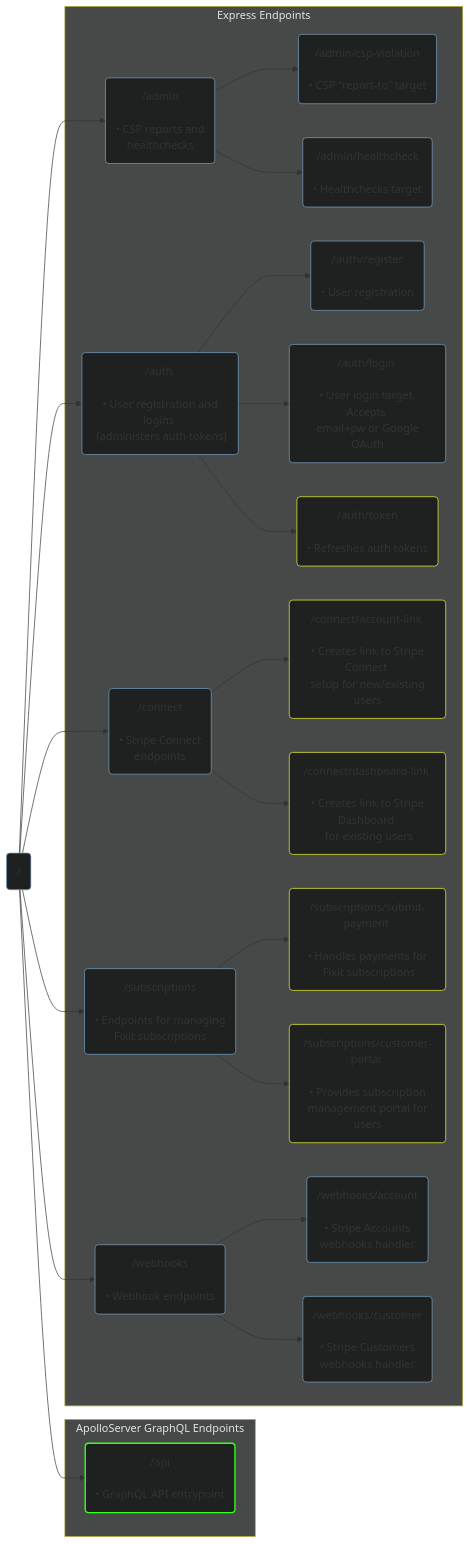
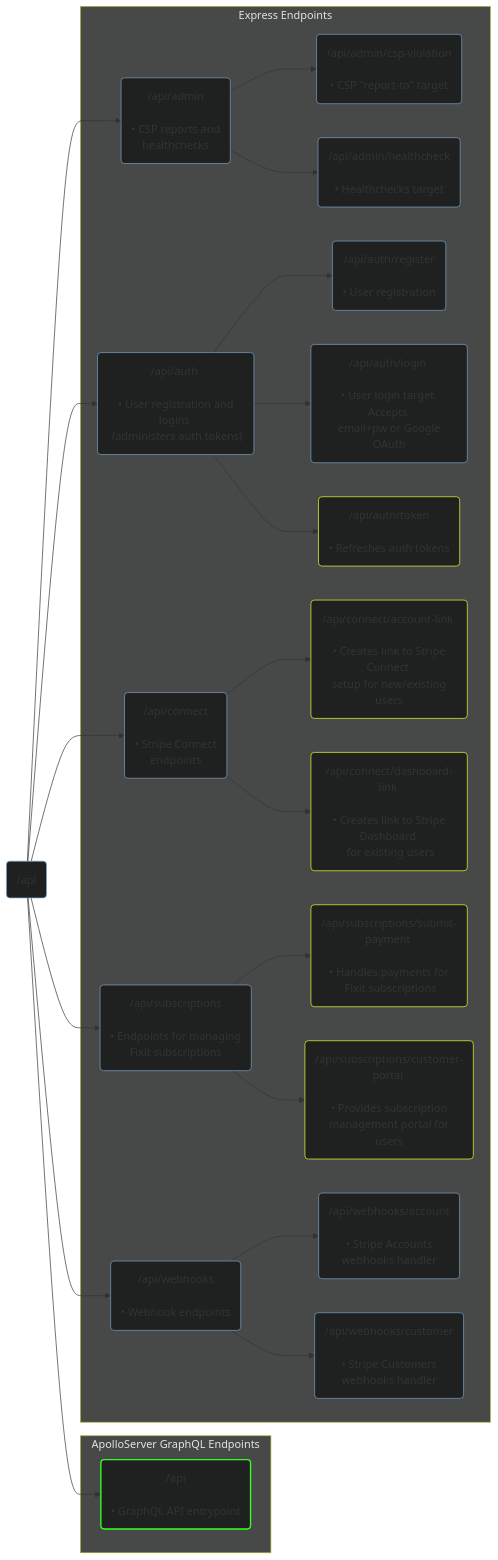
The diagram in README.md (Nerdware-LLC/fixit-api), drawn with Mermaid before and after one commit. The commit also changed other lines of this file, not shown here.

Commit message:
docs(README): update routes to reflect /api base route

````diff
--- a/README.md
+++ b/README.md
@@ -76,34 +69,34 @@
 ```mermaid
 flowchart LR
-  root("/") --> api("/api \n\n • GraphQL API entrypoint")
-  root --> admin("/admin \n\n • CSP reports and \n healthchecks")
-  root --> auth("/auth \n\n • User registration and logins \n (administers auth tokens)")
-  root --> connect("/connect \n\n • Stripe Connect \n endpoints")
-  root --> subs("/subscriptions \n\n • Endpoints for managing \n Fixit subscriptions")
-  root --> webhooks("/webhooks \n\n • Webhook endpoints")
+  root("/api") --> api("/api \n\n • GraphQL API entrypoint")
+  root --> admin("/api/admin \n\n • CSP reports and \n healthchecks")
+  root --> auth("/api/auth \n\n • User registration and logins \n (administers auth tokens)")
+  root --> connect("/api/connect \n\n • Stripe Connect \n endpoints")
+  root --> subs("/api/subscriptions \n\n • Endpoints for managing \n Fixit subscriptions")
+  root --> webhooks("/api/webhooks \n\n • Webhook endpoints")
   subgraph gql ["ApolloServer GraphQL Endpoints"]
   api
   end
   subgraph express ["Express Endpoints"]
-  admin --> csp("/admin/csp-violation \n\n • CSP #quot;report-to#quot;" target)
-  admin --> healthcheck("/admin/healthcheck \n\n • Healthchecks target")
-  auth --> register("/auth/register \n\n • User registration")
-  auth --> login("/auth/login \n\n • User login target. Accepts \n email+pw or Google OAuth")
-  auth --> token("/auth/token \n\n • Refreshes auth tokens")
-  connect --> accountLink("/connect/account-link \n\n • Creates link to Stripe Connect \n setup for new/existing users")
-  connect --> dashboardLink("/connect/dashboard-link \n\n • Creates link to Stripe Dashboard \n for existing users")
-  subs --> pay("/subscriptions/submit-payment \n\n • Handles payments for \n Fixit subscriptions")
-  subs --> portal("/subscriptions/customer-portal \n\n • Provides subscription \n management portal for users")
-  webhooks --> whAccount("/webhooks/account \n\n • Stripe Accounts \n webhooks handler")
-  webhooks --> whCustomer("/webhooks/customer \n\n • Stripe Customers \n webhooks handler")
+  admin --> csp("/api/admin/csp-violation \n\n • CSP #quot;report-to#quot;" target)
+  admin --> healthcheck("/api/admin/healthcheck \n\n • Healthchecks target")
+  auth --> register("/api/auth/register \n\n • User registration")
+  auth --> login("/api/auth/login \n\n • User login target. Accepts \n email+pw or Google OAuth")
+  auth --> token("/api/auth/token \n\n • Refreshes auth tokens")
+  connect --> accountLink("/api/connect/account-link \n\n • Creates link to Stripe Connect \n setup for new/existing users")
+  connect --> dashboardLink("/api/connect/dashboard-link \n\n • Creates link to Stripe Dashboard \n for existing users")
+  subs --> pay("/api/subscriptions/submit-payment \n\n • Handles payments for \n Fixit subscriptions")
+  subs --> portal("/api/subscriptions/customer-portal \n\n • Provides subscription \n management portal for users")
+  webhooks --> whAccount("/api/webhooks/account \n\n • Stripe Accounts \n webhooks handler")
+  webhooks --> whCustomer("/api/webhooks/customer \n\n • Stripe Customers \n webhooks handler")
   end
 
   classDef default fill:#1f2020,stroke:#7aa4c9,stroke-width:1px
   classDef authenticationRequired stroke:#f1ff2e
   classDef authAndSubscriptionRequired stroke:#37ff21,stroke-width:2px
   classDef subgraphArea fill:#474949,color:#e3e3e3
 
   class token,pay,portal,accountLink,dashboardLink authenticationRequired
   class api authAndSubscriptionRequired
   class express,gql subgraphArea
 ```
````
